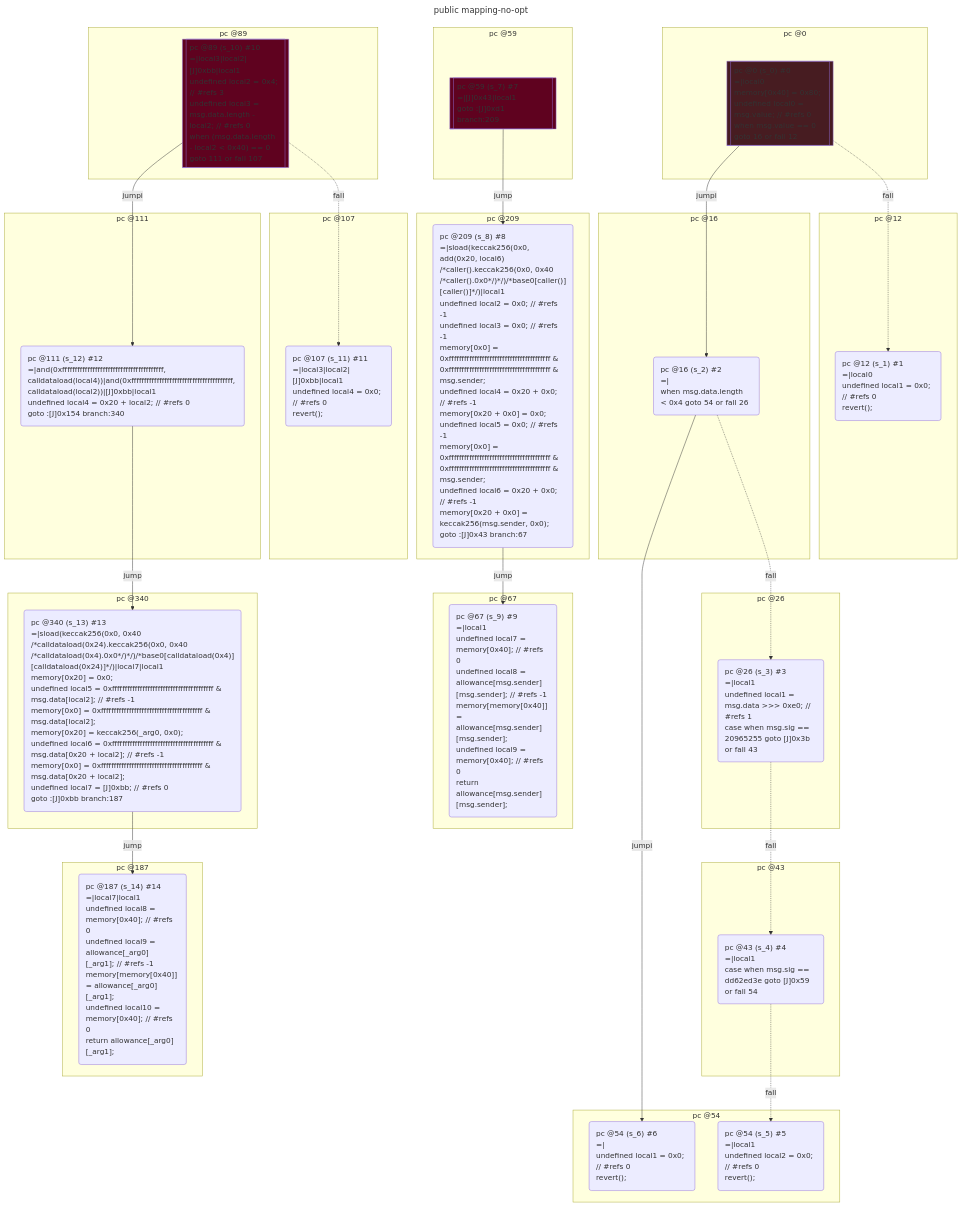
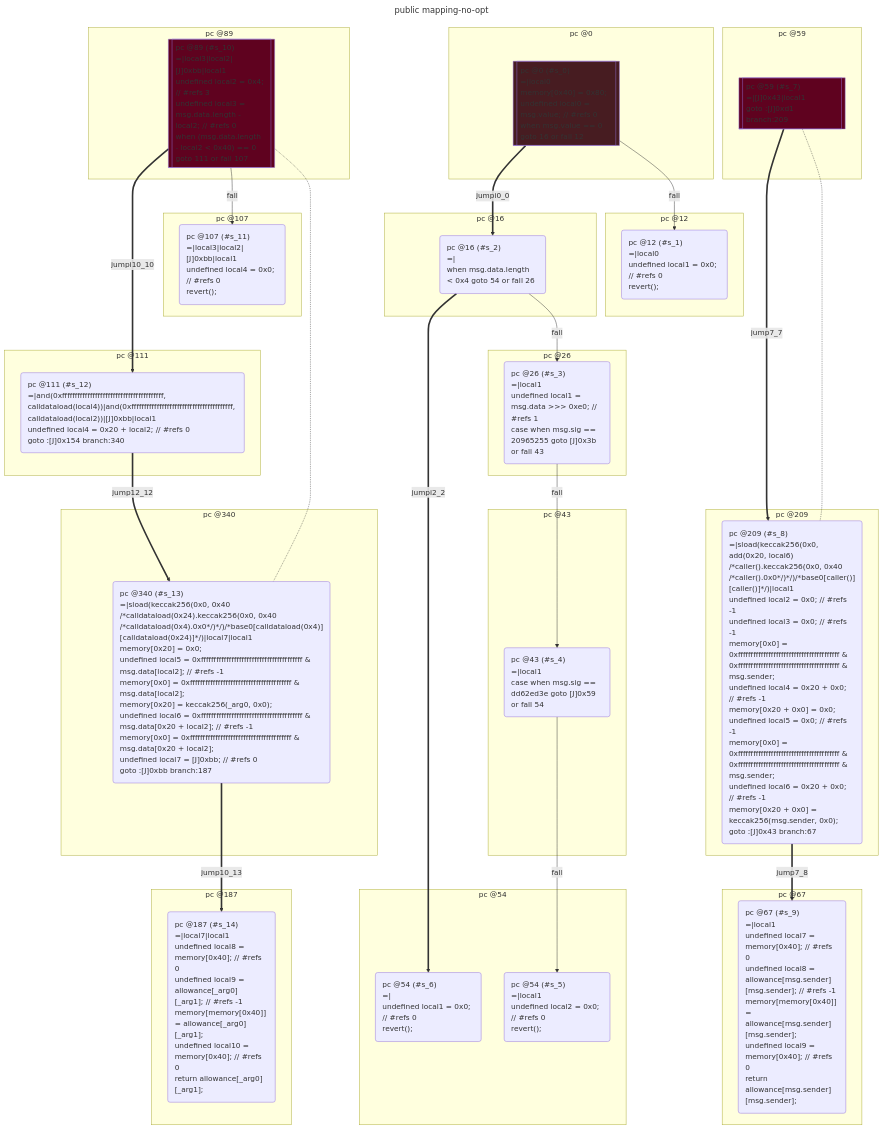
One commit to acuarica/evm changed the first of 2 diagrams in test/__snapshots__/contracts/mappings/public-mapping.snap.md. Above: the diagram before and after it, drawn with Mermaid. The commit also changed other lines of this file and 25 other files, not shown here.

````diff
--- a/test/__snapshots__/contracts/mappings/public-mapping.snap.md
+++ b/test/__snapshots__/contracts/mappings/public-mapping.snap.md
@@ -110,7 +110,7 @@
 flowchart TD
   classDef state text-align:left
   subgraph cluster_0 ["pc @0"]
-    s_0[["pc @0 (s_0) #0
+    s_0[["pc @0 (#s_0)
 =|local0
 memory[0x40] = 0x80;
 undefined local0 = msg.value; // #refs 0
@@ -120,7 +120,7 @@
     style s_0 fill:#471C21
   end
   subgraph cluster_12 ["pc @12"]
-    s_1("pc @12 (s_1) #1
+    s_1("pc @12 (#s_1)
 =|local0
 undefined local1 = 0x0; // #refs 0
 revert();
@@ -128,14 +128,14 @@
     class s_1 state
   end
   subgraph cluster_16 ["pc @16"]
-    s_2("pc @16 (s_2) #2
+    s_2("pc @16 (#s_2)
 =|
 when msg.data.length < 0x4 goto 54 or fall 26
 ")
     class s_2 state
   end
   subgraph cluster_26 ["pc @26"]
-    s_3("pc @26 (s_3) #3
+    s_3("pc @26 (#s_3)
 =|local1
 undefined local1 = msg.data >>> 0xe0; // #refs 1
 case when msg.sig == 20965255 goto [J]0x3b or fall 43
@@ -143,20 +143,20 @@
     class s_3 state
   end
   subgraph cluster_43 ["pc @43"]
-    s_4("pc @43 (s_4) #4
+    s_4("pc @43 (#s_4)
 =|local1
 case when msg.sig == dd62ed3e goto [J]0x59 or fall 54
 ")
     class s_4 state
   end
   subgraph cluster_54 ["pc @54"]
-    s_5("pc @54 (s_5) #5
+    s_5("pc @54 (#s_5)
 =|local1
 undefined local2 = 0x0; // #refs 0
 revert();
 ")
     class s_5 state
-    s_6("pc @54 (s_6) #6
+    s_6("pc @54 (#s_6)
 =|
 undefined local1 = 0x0; // #refs 0
 revert();
@@ -164,7 +164,7 @@
     class s_6 state
   end
   subgraph cluster_59 ["pc @59"]
-    s_7[["pc @59 (s_7) #7
+    s_7[["pc @59 (#s_7)
 =|[J]0x43|local1
 goto :[J]0xd1 branch:209
 "]]
@@ -172,7 +172,7 @@
     style s_7 fill:#5F021F
   end
   subgraph cluster_209 ["pc @209"]
-    s_8("pc @209 (s_8) #8
+    s_8("pc @209 (#s_8)
 =|sload(keccak256(0x0, add(0x20, local6) /*caller().keccak256(0x0, 0x40 /*caller().0x0*/)*/)/*base0[caller()][caller()]*/)|local1
 undefined local2 = 0x0; // #refs -1
 undefined local3 = 0x0; // #refs -1
@@ -188,7 +188,7 @@
     class s_8 state
   end
   subgraph cluster_67 ["pc @67"]
-    s_9("pc @67 (s_9) #9
+    s_9("pc @67 (#s_9)
 =|local1
 undefined local7 = memory[0x40]; // #refs 0
 undefined local8 = allowance[msg.sender][msg.sender]; // #refs -1
@@ -199,7 +199,7 @@
     class s_9 state
   end
   subgraph cluster_89 ["pc @89"]
-    s_10[["pc @89 (s_10) #10
+    s_10[["pc @89 (#s_10)
 =|local3|local2|[J]0xbb|local1
 undefined local2 = 0x4; // #refs 3
 undefined local3 = msg.data.length - local2; // #refs 0
@@ -209,7 +209,7 @@
     style s_10 fill:#5F021F
   end
   subgraph cluster_107 ["pc @107"]
-    s_11("pc @107 (s_11) #11
+    s_11("pc @107 (#s_11)
 =|local3|local2|[J]0xbb|local1
 undefined local4 = 0x0; // #refs 0
 revert();
@@ -217,7 +217,7 @@
     class s_11 state
   end
   subgraph cluster_111 ["pc @111"]
-    s_12("pc @111 (s_12) #12
+    s_12("pc @111 (#s_12)
 =|and(0xffffffffffffffffffffffffffffffffffffffff, calldataload(local4))|and(0xffffffffffffffffffffffffffffffffffffffff, calldataload(local2))|[J]0xbb|local1
 undefined local4 = 0x20 + local2; // #refs 0
 goto :[J]0x154 branch:340
@@ -225,7 +225,7 @@
     class s_12 state
   end
   subgraph cluster_340 ["pc @340"]
-    s_13("pc @340 (s_13) #13
+    s_13("pc @340 (#s_13)
 =|sload(keccak256(0x0, 0x40 /*calldataload(0x24).keccak256(0x0, 0x40 /*calldataload(0x4).0x0*/)*/)/*base0[calldataload(0x4)][calldataload(0x24)]*/)|local7|local1
 memory[0x20] = 0x0;
 undefined local5 = 0xffffffffffffffffffffffffffffffffffffffff & msg.data[local2]; // #refs -1
@@ -239,7 +239,7 @@
     class s_13 state
   end
   subgraph cluster_187 ["pc @187"]
-    s_14("pc @187 (s_14) #14
+    s_14("pc @187 (#s_14)
 =|local7|local1
 undefined local8 = memory[0x40]; // #refs 0
 undefined local9 = allowance[_arg0][_arg1]; // #refs -1
@@ -249,17 +249,19 @@
 ")
     class s_14 state
   end
-  s_0 -- jumpi --> s_2;
-  s_0 -. fall .-> s_1;
-  s_2 -- jumpi --> s_6;
-  s_2 -. fall .-> s_3;
-  s_3 -. fall .-> s_4;
-  s_4 -. fall .-> s_5;
-  s_7 -- jump --> s_8;
-  s_8 -- jump --> s_9;
-  s_10 -- jumpi --> s_12;
-  s_10 -. fall .-> s_11;
-  s_12 -- jump --> s_13;
-  s_13 -- jump --> s_14;
+  s_0 == jumpi0_0 ==> s_2;
+  s_0 -- fall --> s_1;
+  s_2 == jumpi2_2 ==> s_6;
+  s_2 -- fall --> s_3;
+  s_3 -- fall --> s_4;
+  s_4 -- fall --> s_5;
+  s_7 == jump7_7 ==> s_8;
+  s_8 == jump7_8 ==> s_9;
+  s_7 -...- s_8;
+  s_10 == jumpi10_10 ==> s_12;
+  s_10 -- fall --> s_11;
+  s_12 == jump12_12 ==> s_13;
+  s_13 == jump10_13 ==> s_14;
+  s_10 -...- s_13;
 
 ```
````
